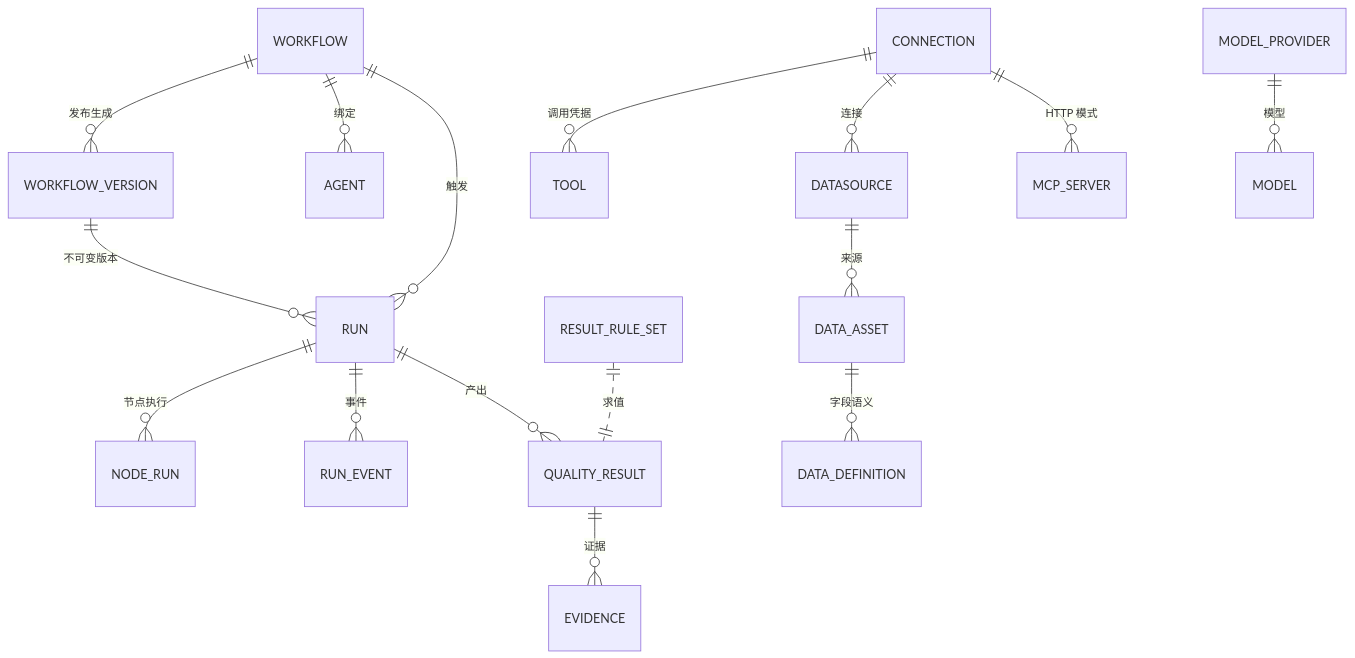
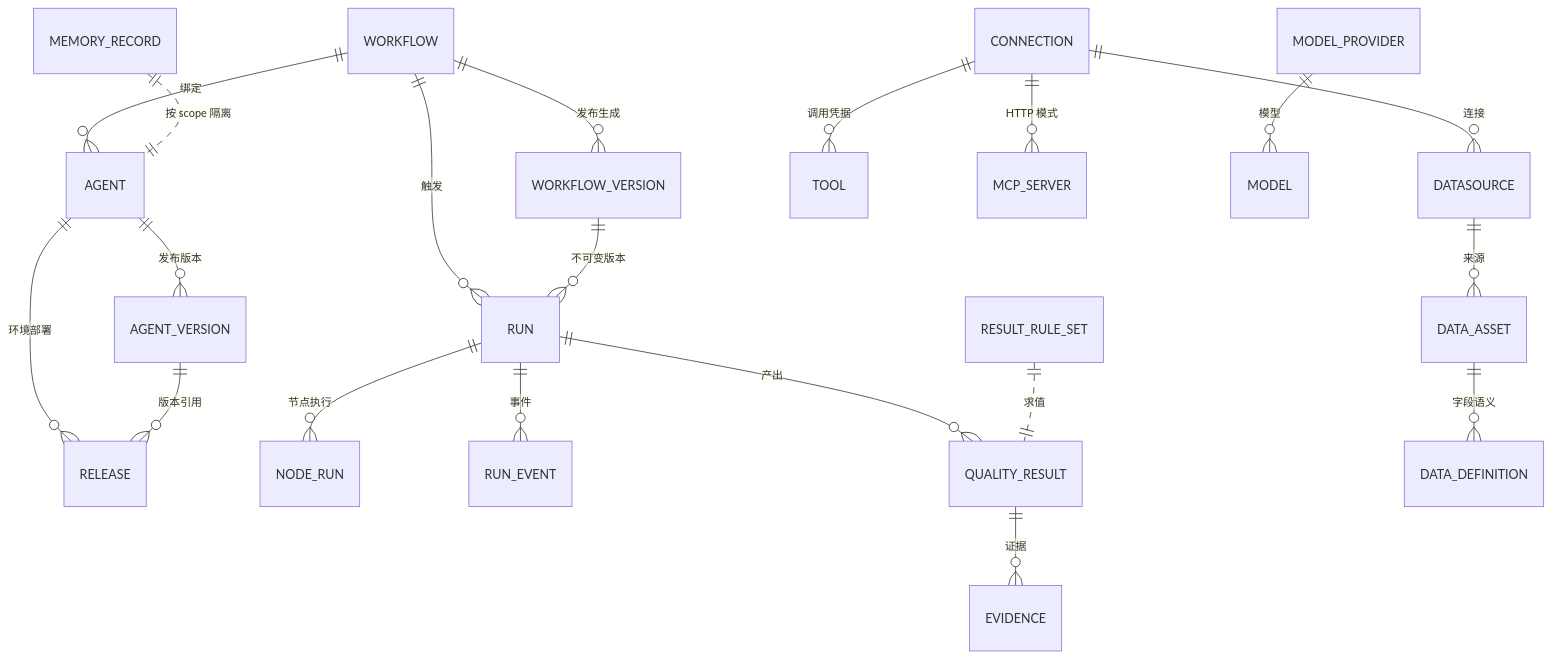
Before and after one commit to huiliuxu780/MoreThanCorn: the second of 3 diagrams in .qoder/repowiki/zh/content/后端架构与 API.md, drawn with Mermaid. The commit also changed other lines of this file and 136 other files, not shown here.

````diff
--- a/.qoder/repowiki/zh/content/后端架构与 API.md
+++ b/.qoder/repowiki/zh/content/后端架构与 API.md
@@ -98,18 +114,22 @@
 ```mermaid
 erDiagram
 WORKFLOW ||--o{ WORKFLOW_VERSION : "发布生成"
 WORKFLOW ||--o{ AGENT : "绑定"
 WORKFLOW ||--o{ RUN : "触发"
 WORKFLOW_VERSION ||--o{ RUN : "不可变版本"
+AGENT ||--o{ AGENT_VERSION : "发布版本"
+AGENT ||--o{ RELEASE : "环境部署"
+AGENT_VERSION ||--o{ RELEASE : "版本引用"
 RUN ||--o{ NODE_RUN : "节点执行"
 RUN ||--o{ RUN_EVENT : "事件"
 RUN ||--o{ QUALITY_RESULT : "产出"
 QUALITY_RESULT ||--o{ EVIDENCE : "证据"
 RESULT_RULE_SET ||..|| QUALITY_RESULT : "求值"
 DATA_ASSET ||--o{ DATA_DEFINITION : "字段语义"
 DATASOURCE ||--o{ DATA_ASSET : "来源"
 CONNECTION ||--o{ TOOL : "调用凭据"
 CONNECTION ||--o{ DATASOURCE : "连接"
 CONNECTION ||--o{ MCP_SERVER : "HTTP 模式"
 MODEL_PROVIDER ||--o{ MODEL : "模型"
+MEMORY_RECORD ||..|| AGENT : "按 scope 隔离"
 ```
````
